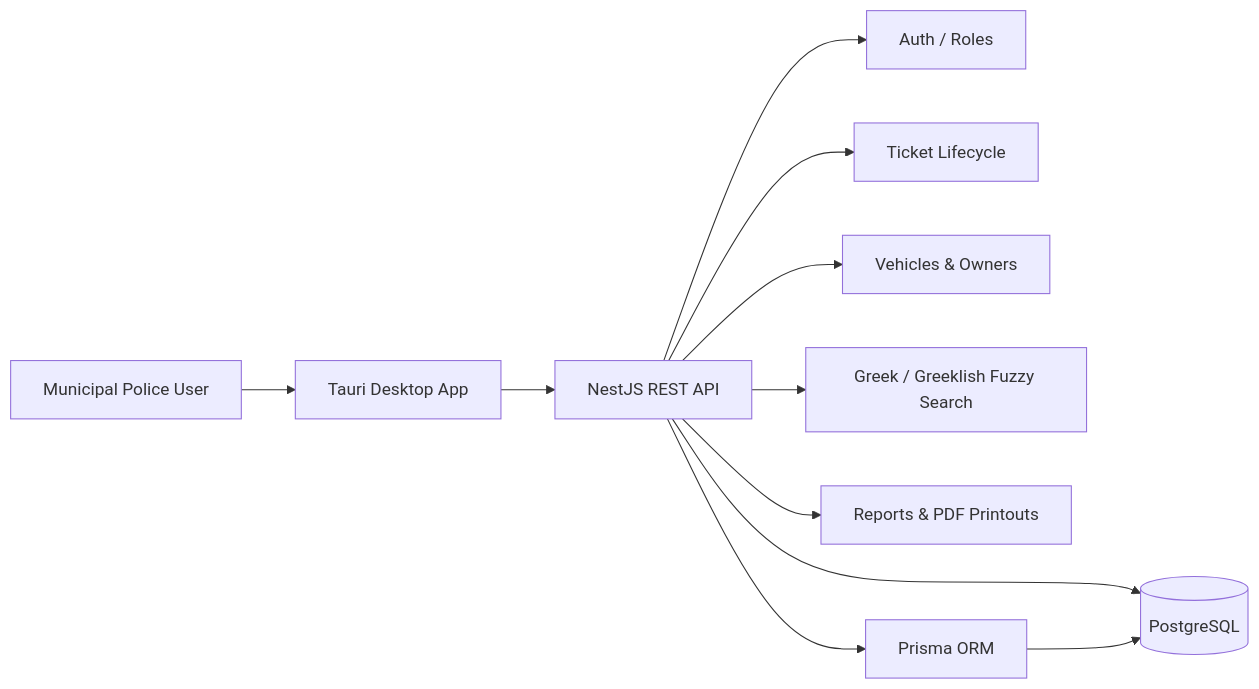
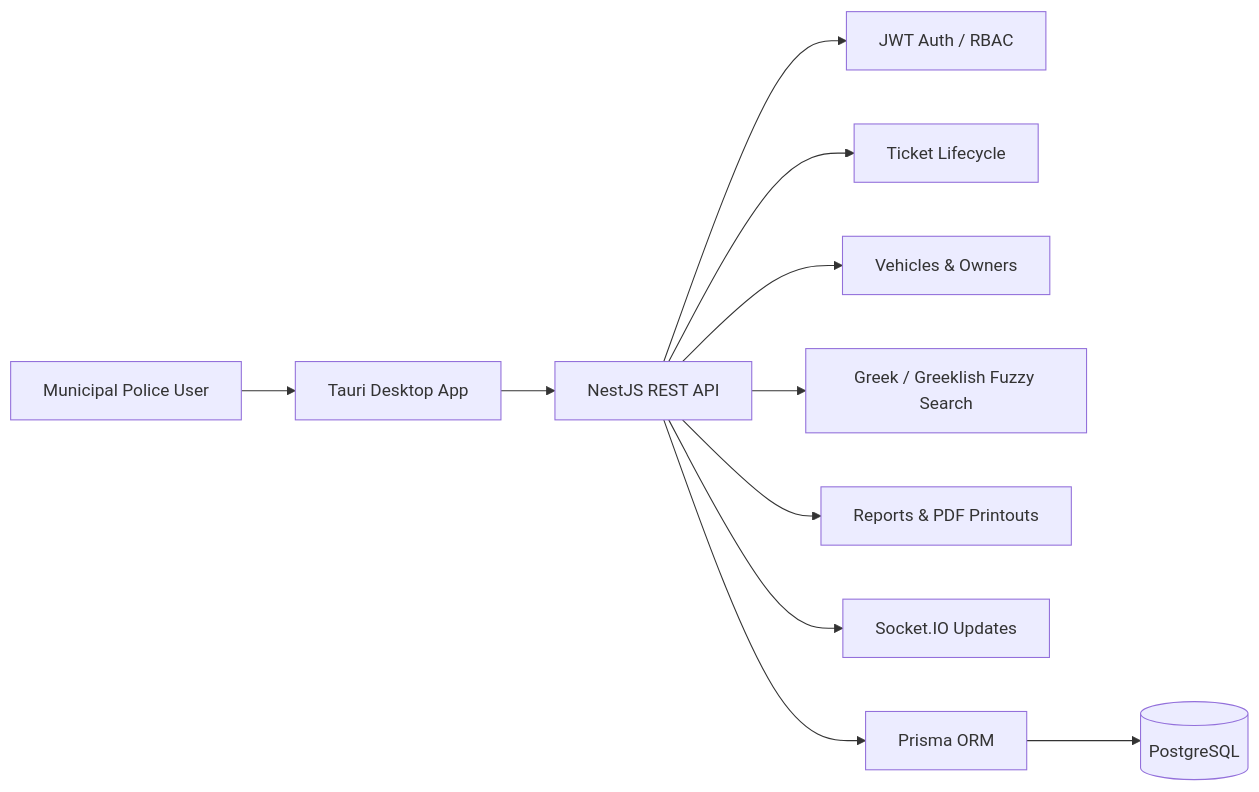
Before and after one commit to spandreou/spandreou: the first of 3 diagrams in README.md, drawn with Mermaid. The commit also changed other lines of this file, not shown here.

````diff
--- a/README.md
+++ b/README.md
@@ -120,13 +136,13 @@
 ```mermaid
 flowchart LR
   Officer[Municipal Police User] --> Desktop[Tauri Desktop App]
   Desktop --> API[NestJS REST API]
-  API --> Auth[Auth / Roles]
+  API --> Auth[JWT Auth / RBAC]
   API --> Tickets[Ticket Lifecycle]
   API --> Vehicles[Vehicles & Owners]
   API --> Search[Greek / Greeklish Fuzzy Search]
   API --> Reports[Reports & PDF Printouts]
-  API --> DB[(PostgreSQL)]
+  API --> Realtime[Socket.IO Updates]
   API --> Prisma[Prisma ORM]
-  Prisma --> DB
+  Prisma --> DB[(PostgreSQL)]
 ```
````
